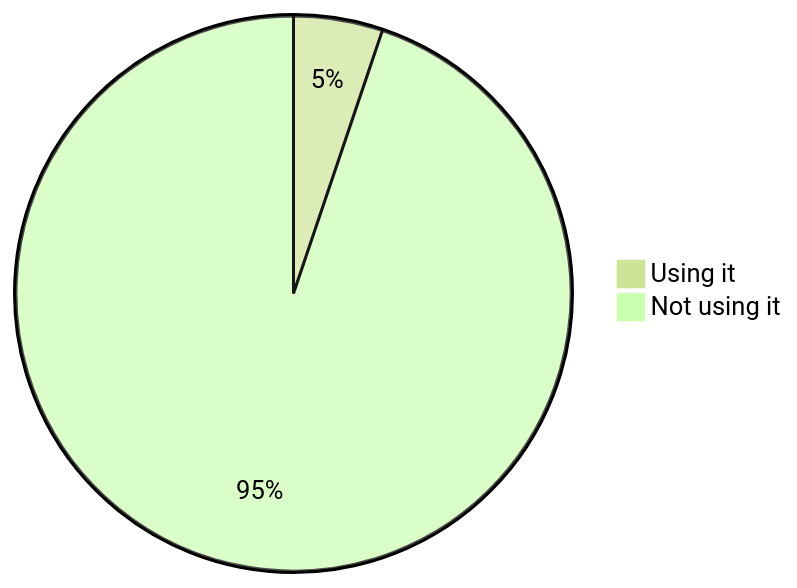
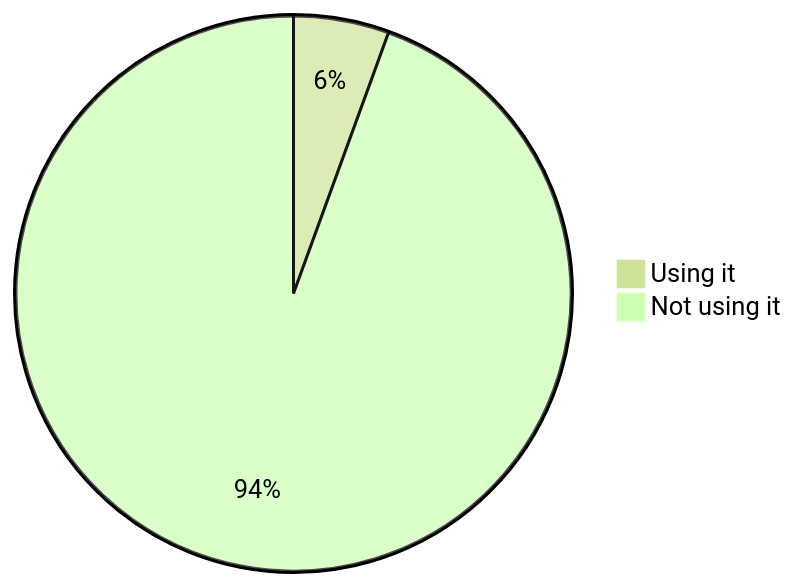
One commit to oshp/oshp-stats changed the seventh of 22 diagrams in stats.md. Above: the diagram before and after it, drawn with Mermaid (forest theme). The commit also changed other lines of this file, not shown here.

````diff
--- a/stats.md
+++ b/stats.md
@@ -82,6 +82,6 @@
 ```mermaid
 pie
-	"Using it" : 5.19
-	"Not using it" : 94.81
+	"Using it" : 5.56
+	"Not using it" : 94.44
 
 ```
````
